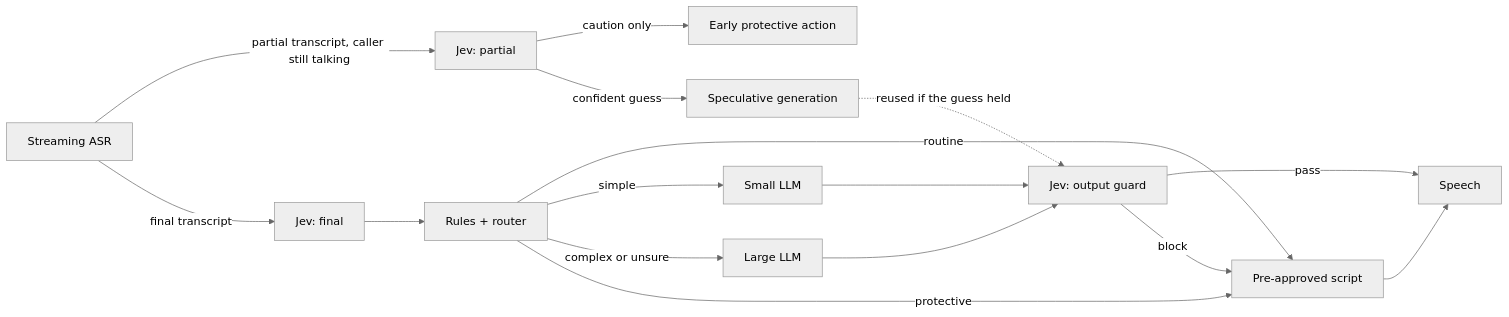
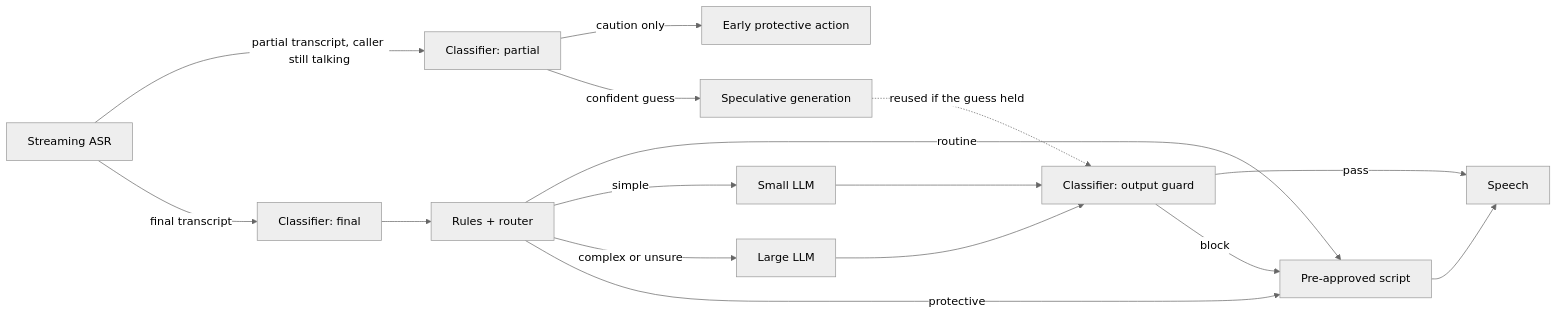
Before and after one commit to henryzhangpku/jevelin: the diagram in README.md, drawn with Mermaid (neutral theme). The commit also changed other lines of this file and 10 other files, not shown here.

````diff
--- a/README.md
+++ b/README.md
@@ -123,18 +125,18 @@
 ```mermaid
 flowchart LR
-  ASR[Streaming ASR] -->|partial transcript, caller still talking| P[Jev: partial]
-  ASR -->|final transcript| F[Jev: final]
+  ASR[Streaming ASR] -->|partial transcript, caller still talking| P[Classifier: partial]
+  ASR -->|final transcript| F[Classifier: final]
   P -->|caution only| E[Early protective action]
   P -->|confident guess| S[Speculative generation]
   F --> R[Rules + router]
   R -->|routine| SC[Pre-approved script]
   R -->|simple| SM[Small LLM]
   R -->|complex or unsure| LG[Large LLM]
   R -->|protective| SC
   S -.->|reused if the guess held| G
-  SM --> G[Jev: output guard]
+  SM --> G[Classifier: output guard]
   LG --> G
   G -->|pass| TTS[Speech]
   G -->|block| SC
   SC --> TTS
 ```
````
